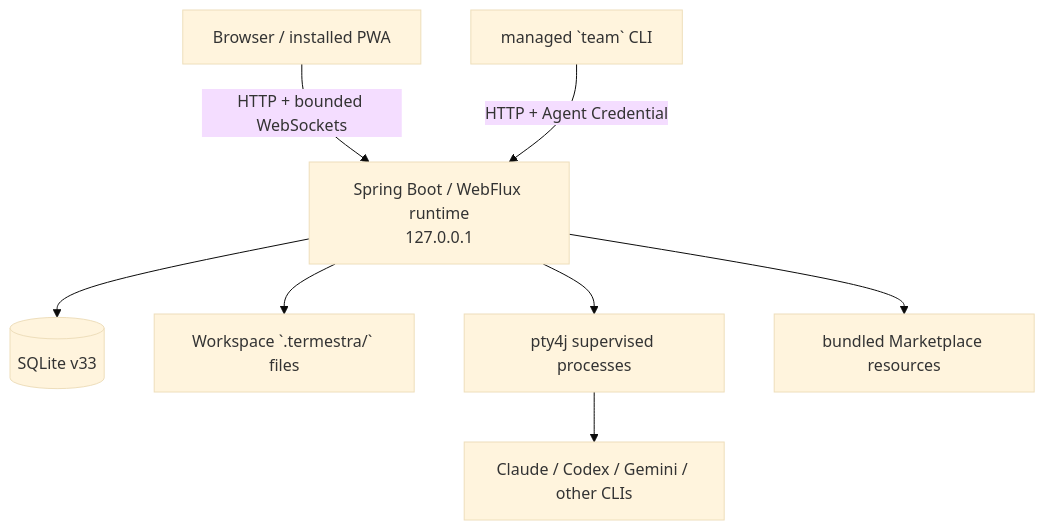
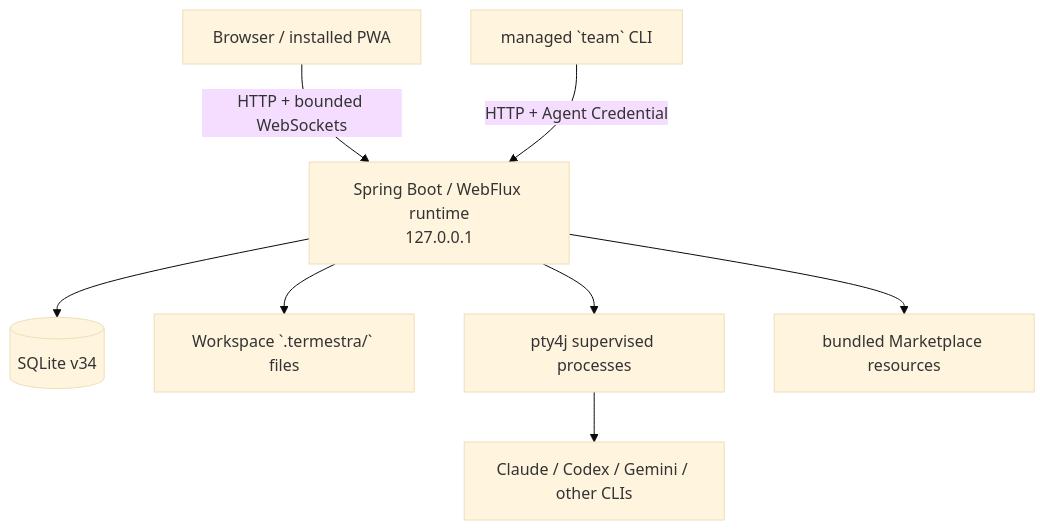
Before and after one commit to sunsunsun-java/termestra: the first of 2 diagrams in docs/architecture/overview.md, drawn with Mermaid (base theme). The commit also changed other lines of this file and 8 other files, not shown here.

````diff
--- a/docs/architecture/overview.md
+++ b/docs/architecture/overview.md
@@ -12,19 +12,19 @@
 ```mermaid
 flowchart TB
     Browser["Browser / installed PWA"]
     CLI["managed `team` CLI"]
     Runtime["Spring Boot / WebFlux runtime\n127.0.0.1"]
-    SQLite[("SQLite v33")]
+    SQLite[("SQLite v34")]
     Files["Workspace `.termestra/` files"]
     PTY["pty4j supervised processes"]
     Providers["Claude / Codex / Gemini / other CLIs"]
     Bundle["bundled Marketplace resources"]
 
     Browser -->|"HTTP + bounded WebSockets"| Runtime
     CLI -->|"HTTP + Agent Credential"| Runtime
     Runtime --> SQLite
     Runtime --> Files
     Runtime --> PTY
     PTY --> Providers
     Runtime --> Bundle
 ```
````
